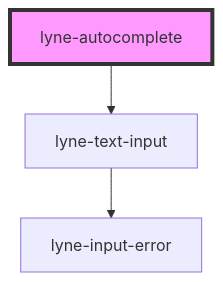
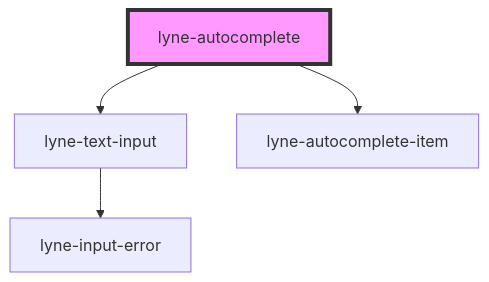
Before and after one commit to sbb-design-systems/lyne-components: the diagram in src/components/lyne-autocomplete/readme.md, drawn with Mermaid. The commit also changed other lines of this file, not shown here.

Commit message:
docs: update after build

````diff
--- a/src/components/lyne-autocomplete/readme.md
+++ b/src/components/lyne-autocomplete/readme.md
@@ -29,6 +30,7 @@
 ```mermaid
 graph TD;
   lyne-autocomplete --> lyne-text-input
+  lyne-autocomplete --> lyne-autocomplete-item
   lyne-text-input --> lyne-input-error
   style lyne-autocomplete fill:#f9f,stroke:#333,stroke-width:4px
 ```
````
